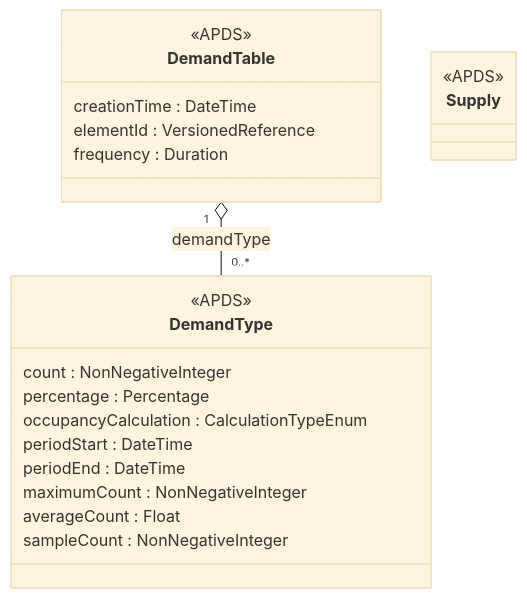
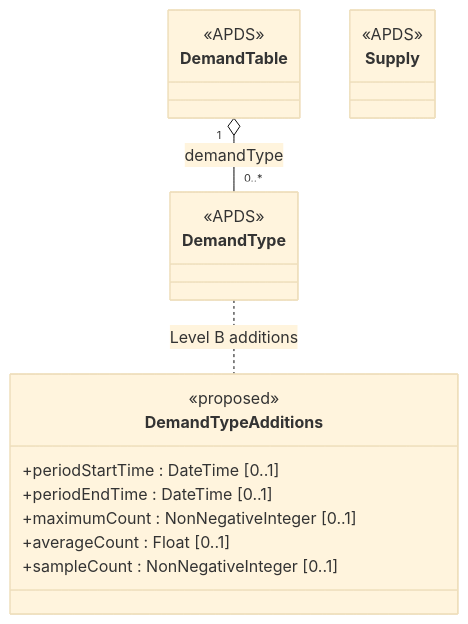
Before and after one commit to rneubauer/apx: the diagram in docs/apds-submission/src/occupancy.md, drawn with Mermaid (base theme). The commit also changed other lines of this file and 29 other files, not shown here.

````diff
--- a/docs/apds-submission/src/occupancy.md
+++ b/docs/apds-submission/src/occupancy.md
@@ -51,24 +51,22 @@
 ```mermaid
 classDiagram
     class DemandTable {
         <<APDS>>
-        creationTime : DateTime
-        elementId : VersionedReference
-        frequency : Duration
     }
     class DemandType {
         <<APDS>>
-        count : NonNegativeInteger
-        percentage : Percentage
-        occupancyCalculation : CalculationTypeEnum
-        periodStart : DateTime
-        periodEnd : DateTime
-        maximumCount : NonNegativeInteger
-        averageCount : Float
-        sampleCount : NonNegativeInteger
+    }
+    class DemandTypeAdditions {
+        <<proposed>>
+        +periodStartTime : DateTime [0..1]
+        +periodEndTime : DateTime [0..1]
+        +maximumCount : NonNegativeInteger [0..1]
+        +averageCount : Float [0..1]
+        +sampleCount : NonNegativeInteger [0..1]
     }
     class Supply {
         <<APDS>>
     }
     DemandTable "1" o-- "0..*" DemandType : demandType
+    DemandType .. DemandTypeAdditions : Level B additions
 ```
````
